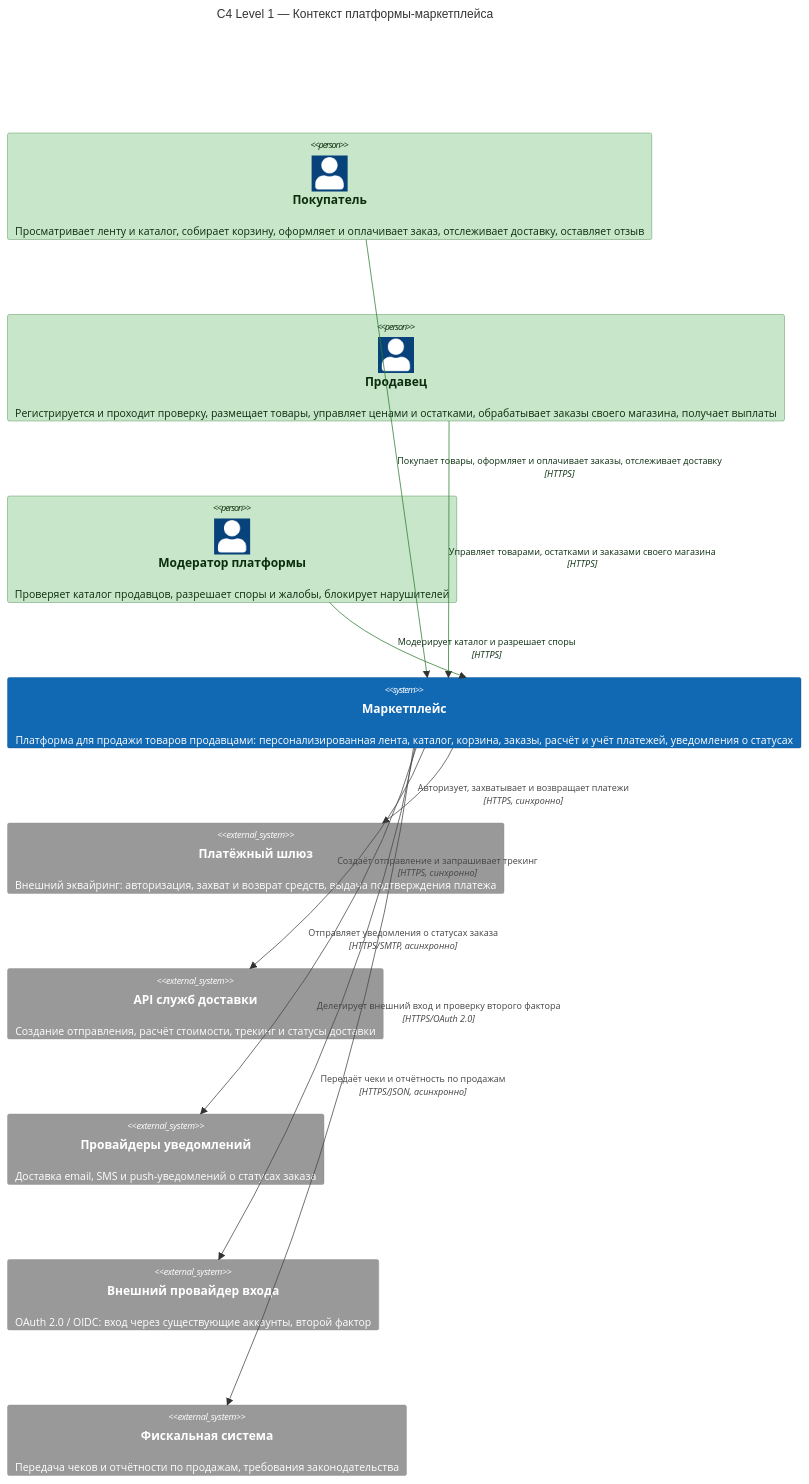
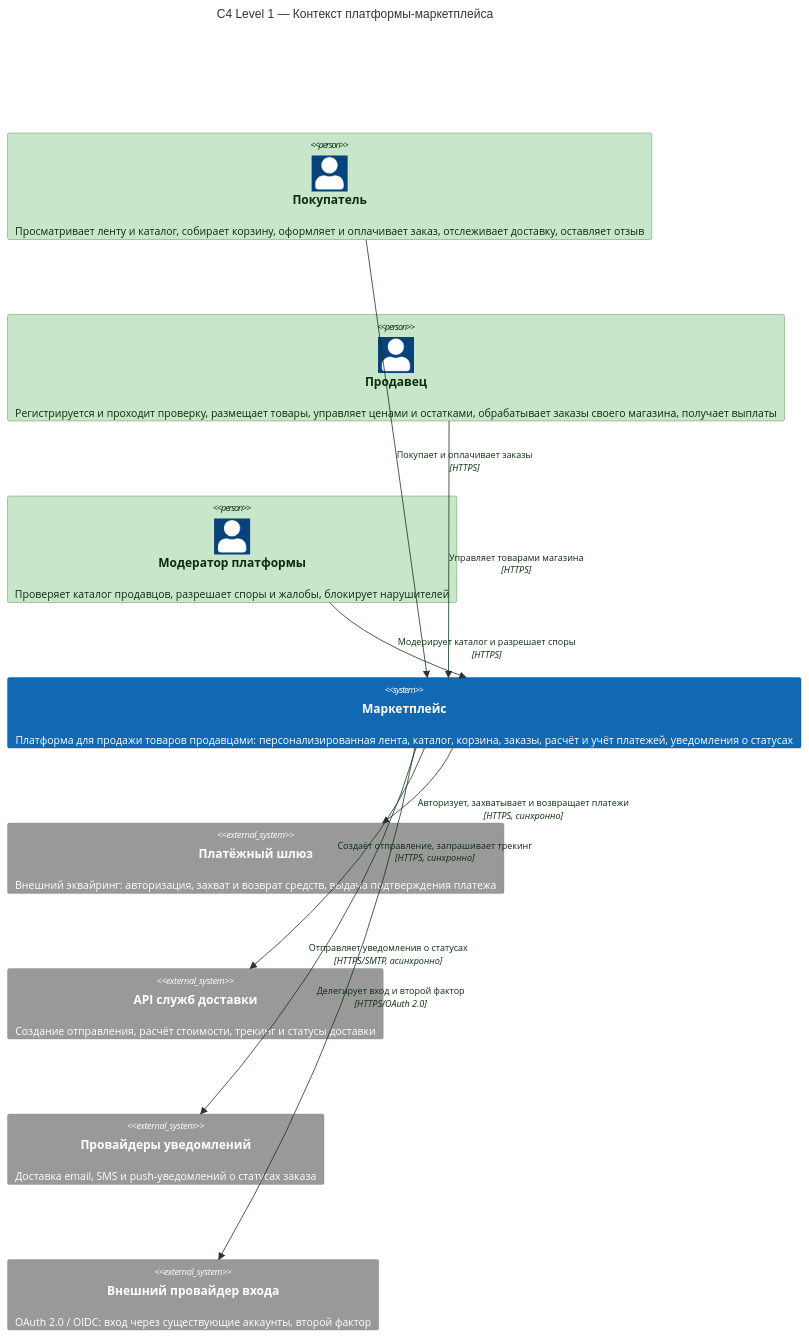
One commit to AkSevinch/SOA-1 changed the diagram in docs/c4/01-context.md. Above: the diagram before and after it, drawn with Mermaid. The commit also changed other lines of this file and 7 other files, not shown here.

````diff
--- a/docs/c4/01-context.md
+++ b/docs/c4/01-context.md
@@ -7,37 +31,39 @@
 ```mermaid
-C4Context
-    title C4 Level 1 — Контекст платформы-маркетплейса
+    C4Context
+        title C4 Level 1 — Контекст платформы-маркетплейса
 
-    %% Акторы — люди вне границы системы
-    Person(buyer, "Покупатель", "Просматривает ленту и каталог, собирает корзину, оформляет и оплачивает заказ, отслеживает доставку, оставляет отзыв")
-    Person(seller, "Продавец", "Регистрируется и проходит проверку, размещает товары, управляет ценами и остатками, обрабатывает заказы своего магазина, получает выплаты")
-    Person(moderator, "Модератор платформы", "Проверяет каталог продавцов, разрешает споры и жалобы, блокирует нарушителей")
+        %% Акторы — люди вне границы системы
+        Person(buyer, "Покупатель", "Просматривает ленту и каталог, собирает корзину, оформляет и оплачивает заказ, отслеживает доставку, оставляет отзыв")
+        Person(seller, "Продавец", "Регистрируется и проходит проверку, размещает товары, управляет ценами и остатками, обрабатывает заказы своего магазина, получает выплаты")
+        Person(moderator, "Модератор платформы", "Проверяет каталог продавцов, разрешает споры и жалобы, блокирует нарушителей")
 
-    %% Наша система — чёрный ящик
-    System(marketplace, "Маркетплейс", "Платформа для продажи товаров продавцами: персонализированная лента, каталог, корзина, заказы, расчёт и учёт платежей, уведомления о статусах")
+        %% Наша система — чёрный ящик
+        System(marketplace, "Маркетплейс", "Платформа для продажи товаров продавцами: персонализированная лента, каталог, корзина, заказы, расчёт и учёт платежей, уведомления о статусах")
 
-    %% Внешние системы
-    System_Ext(paymentGateway, "Платёжный шлюз", "Внешний эквайринг: авторизация, захват и возврат средств, выдача подтверждения платежа")
-    System_Ext(carrier, "API служб доставки", "Создание отправления, расчёт стоимости, трекинг и статусы доставки")
-    System_Ext(notificationProvider, "Провайдеры уведомлений", "Доставка email, SMS и push-уведомлений о статусах заказа")
-    System_Ext(identityProvider, "Внешний провайдер входа", "OAuth 2.0 / OIDC: вход через существующие аккаунты, второй фактор")
-    System_Ext(fiscal, "Фискальная система", "Передача чеков и отчётности по продажам, требования законодательства")
+        %% Внешние системы
+        System_Ext(paymentGateway, "Платёжный шлюз", "Внешний эквайринг: авторизация, захват и возврат средств, выдача подтверждения платежа")
+        System_Ext(carrier, "API служб доставки", "Создание отправления, расчёт стоимости, трекинг и статусы доставки")
+        System_Ext(notificationProvider, "Провайдеры уведомлений", "Доставка email, SMS и push-уведомлений о статусах заказа")
+        System_Ext(identityProvider, "Внешний провайдер входа", "OAuth 2.0 / OIDC: вход через существующие аккаунты, второй фактор")
 
-    Rel(buyer, marketplace, "Покупает товары, оформляет и оплачивает заказы, отслеживает доставку", "HTTPS")
-    Rel(seller, marketplace, "Управляет товарами, остатками и заказами своего магазина", "HTTPS")
-    Rel(moderator, marketplace, "Модерирует каталог и разрешает споры", "HTTPS")
+        Rel(buyer, marketplace, "Покупает и оплачивает заказы", "HTTPS")
+        Rel(seller, marketplace, "Управляет товарами магазина", "HTTPS")
+        Rel(moderator, marketplace, "Модерирует каталог и разрешает споры", "HTTPS")
 
-    Rel(marketplace, paymentGateway, "Авторизует, захватывает и возвращает платежи", "HTTPS, синхронно")
-    Rel(marketplace, carrier, "Создаёт отправление и запрашивает трекинг", "HTTPS, синхронно")
-    Rel(marketplace, notificationProvider, "Отправляет уведомления о статусах заказа", "HTTPS/SMTP, асинхронно")
-    Rel(marketplace, identityProvider, "Делегирует внешний вход и проверку второго фактора", "HTTPS/OAuth 2.0")
-    Rel(marketplace, fiscal, "Передаёт чеки и отчётность по продажам", "HTTPS/JSON, асинхронно")
+        Rel(marketplace, paymentGateway, "Авторизует, захватывает и возвращает платежи", "HTTPS, синхронно")
+        Rel(marketplace, carrier, "Создаёт отправление, запрашивает трекинг", "HTTPS, синхронно")
+        Rel(marketplace, notificationProvider, "Отправляет уведомления о статусах", "HTTPS/SMTP, асинхронно")
+        Rel(marketplace, identityProvider, "Делегирует вход и второй фактор", "HTTPS/OAuth 2.0")
 
-    UpdateElementStyle(marketplace, $bgColor="#1168b3", $borderColor="#0b4f87", $fontColor="#ffffff")
-    UpdateElementStyle(buyer, $bgColor="#c8e6c9", $borderColor="#2e7d32", $fontColor="#0b2e0f")
-    UpdateElementStyle(seller, $bgColor="#c8e6c9", $borderColor="#2e7d32", $fontColor="#0b2e0f")
-    UpdateElementStyle(moderator, $bgColor="#c8e6c9", $borderColor="#2e7d32", $fontColor="#0b2e0f")
-    UpdateRelStyle(buyer, marketplace, $textColor="#0b2e0f", $lineColor="#2e7d32", $textOnEdge="true")
-    UpdateRelStyle(seller, marketplace, $textColor="#0b2e0f", $lineColor="#2e7d32", $textOnEdge="true")
-    UpdateRelStyle(moderator, marketplace, $textColor="#0b2e0f", $lineColor="#2e7d32", $textOnEdge="true")
+        UpdateElementStyle(marketplace, $bgColor="#1168b3", $borderColor="#0b4f87", $fontColor="#ffffff")
+        UpdateElementStyle(buyer, $bgColor="#c8e6c9", $borderColor="#2e7d32", $fontColor="#0b2e0f")
+        UpdateElementStyle(seller, $bgColor="#c8e6c9", $borderColor="#2e7d32", $fontColor="#0b2e0f")
+        UpdateElementStyle(moderator, $bgColor="#c8e6c9", $borderColor="#2e7d32", $fontColor="#0b2e0f")
+        UpdateRelStyle(buyer, marketplace, $textColor="#0b2e0f", $lineColor="#0b2e0f", $offsetY="-8")
+        UpdateRelStyle(seller, marketplace, $textColor="#0b2e0f", $lineColor="#0b2e0f", $offsetY="8")
+        UpdateRelStyle(moderator, marketplace, $textColor="#0b2e0f", $lineColor="#0b2e0f")
+        UpdateRelStyle(marketplace, paymentGateway, $textColor="#0b2e0f", $lineColor="#0b2e0f", $offsetY="20")
+        UpdateRelStyle(marketplace, carrier, $textColor="#0b2e0f", $lineColor="#0b2e0f", $offsetY="-20")
+        UpdateRelStyle(marketplace, notificationProvider, $textColor="#0b2e0f", $lineColor="#0b2e0f", $offsetY="20")
+        UpdateRelStyle(marketplace, identityProvider, $textColor="#0b2e0f", $lineColor="#0b2e0f", $offsetY="-20")
 ```
````
